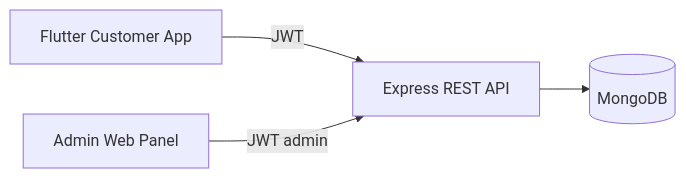
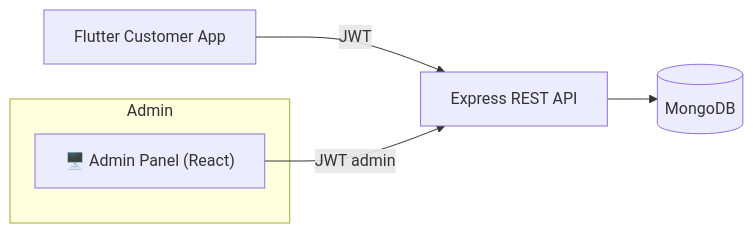
Before and after one commit to anandpalaparti19-maker/FIX-N-GO-2026: the diagram in fixngo/docs/architecture.md, drawn with Mermaid. The commit also changed other lines of this file and 72 other files, not shown here.

````diff
--- a/fixngo/docs/architecture.md
+++ b/fixngo/docs/architecture.md
@@ -7,11 +7,13 @@
 ```mermaid
 flowchart LR
   CustomerApp[Flutter Customer App]
-  AdminUI[Admin Web Panel]
+  subgraph Admin
+        AP["🖥️ Admin Panel (React)"]
+    end
   API[Express REST API]
   DB[(MongoDB)]
 
   CustomerApp -->|JWT| API
-  AdminUI -->|JWT admin| API
+  AP -->|JWT admin| API
   API --> DB
 ```
````
